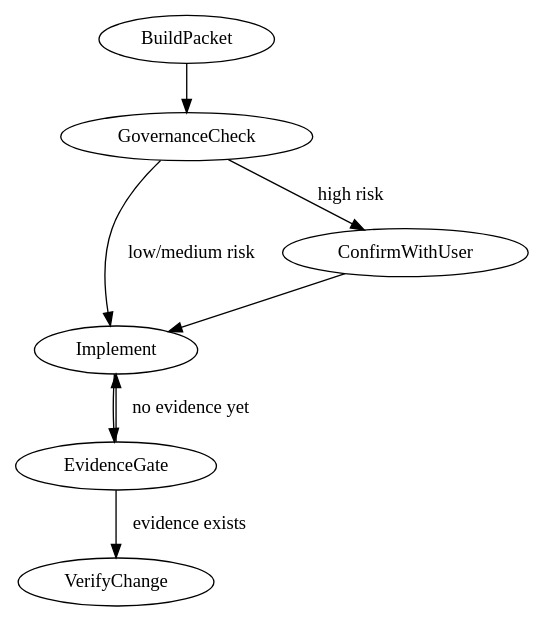
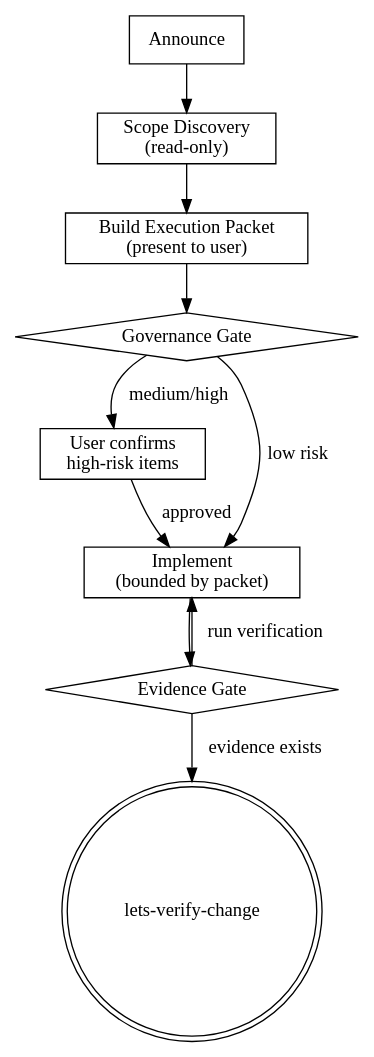
One commit to letsbe10x/skill-hub changed the diagram in lets-develop-feature/SKILL.md. Above: the diagram before and after it, drawn with Graphviz. The commit also changed other lines of this file, not shown here.

First line of the commit message:
improve(lets-develop-feature): rewrite to v2.0.0 with enforced governance

````diff
--- a/lets-develop-feature/SKILL.md
+++ b/lets-develop-feature/SKILL.md
@@ -174,11 +59,22 @@
 ```dot
 digraph develop_feature {
-  BuildPacket -> GovernanceCheck;
-  GovernanceCheck -> Implement [label="low/medium risk"];
-  GovernanceCheck -> ConfirmWithUser [label="high risk"];
-  ConfirmWithUser -> Implement;
+  Announce [shape=box];
+  ScopeDiscovery [label="Scope Discovery\n(read-only)" shape=box];
+  ExecutionPacket [label="Build Execution Packet\n(present to user)" shape=box];
+  GovernanceGate [label="Governance Gate" shape=diamond];
+  UserConfirm [label="User confirms\nhigh-risk items" shape=box];
+  Implement [label="Implement\n(bounded by packet)" shape=box];
+  EvidenceGate [label="Evidence Gate" shape=diamond];
+  Handoff [label="lets-verify-change" shape=doublecircle];
+
+  Announce -> ScopeDiscovery;
+  ScopeDiscovery -> ExecutionPacket;
+  ExecutionPacket -> GovernanceGate;
+  GovernanceGate -> Implement [label="low risk"];
+  GovernanceGate -> UserConfirm [label="medium/high"];
+  UserConfirm -> Implement [label="approved"];
   Implement -> EvidenceGate;
-  EvidenceGate -> VerifyChange [label="evidence exists"];
-  EvidenceGate -> Implement [label="no evidence yet"];
+  EvidenceGate -> Handoff [label="evidence exists"];
+  EvidenceGate -> Implement [label="run verification"];
 }
 ```
````
